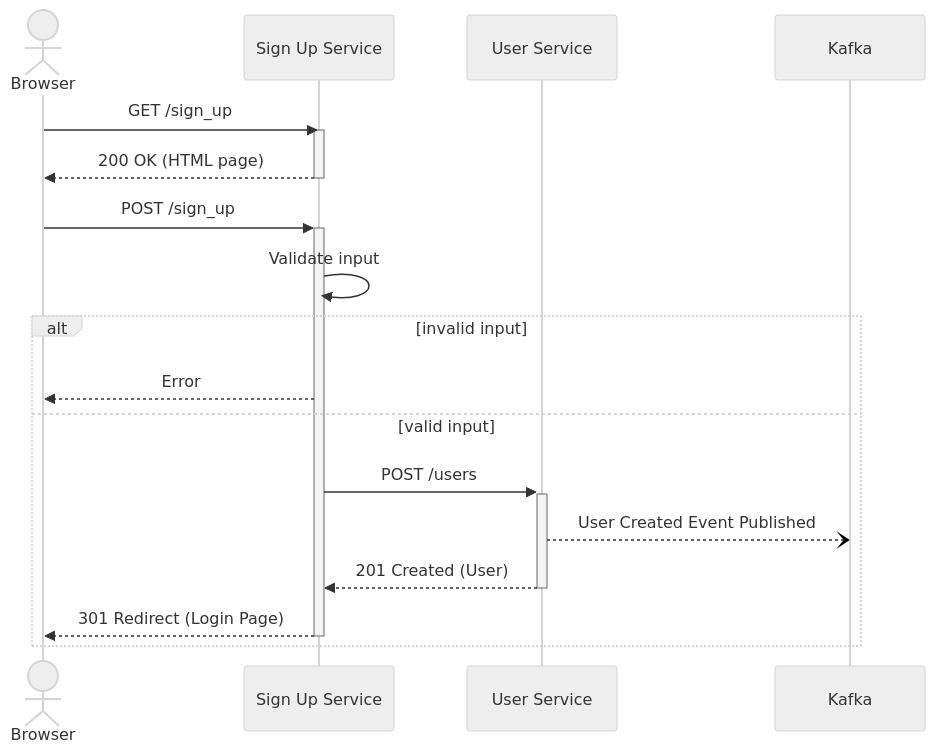
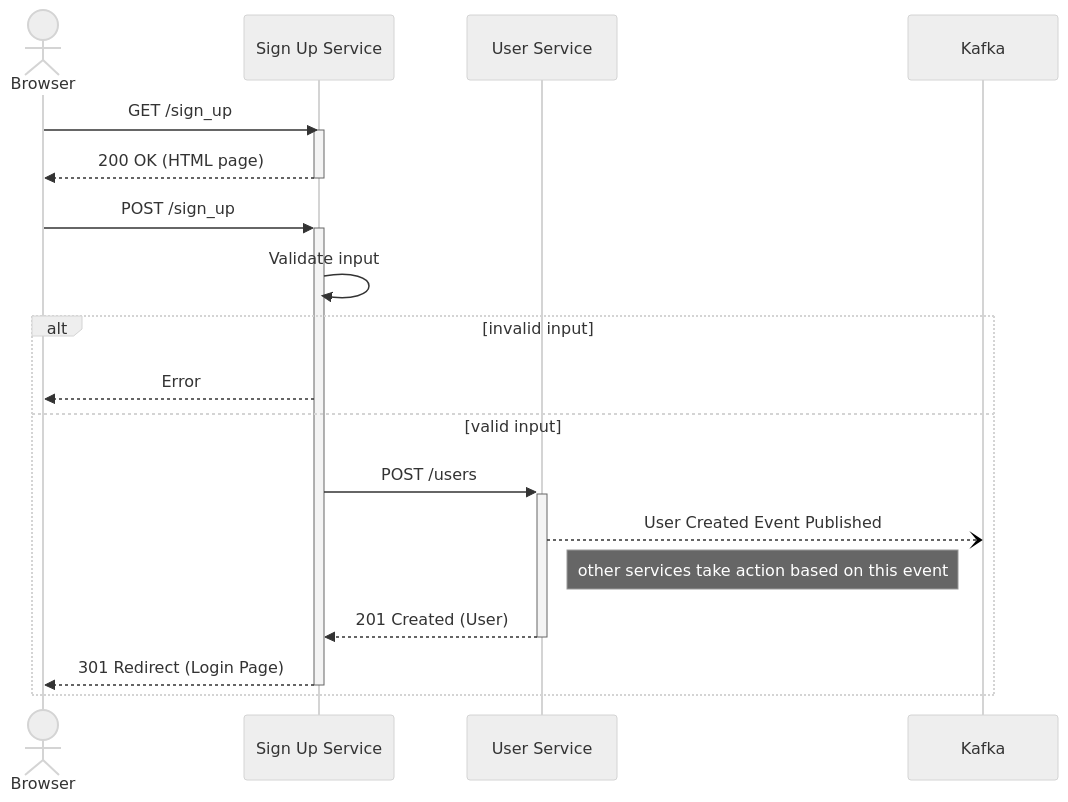
One commit to rawandrew/diagramming changed the fourth of 4 diagrams in mermaid_diagrams.md. Above: the diagram before and after it, drawn with Mermaid (neutral theme). The commit also changed other lines of this file, not shown here.

Commit message:
Add a note to the sequence diagram.

````diff
--- a/mermaid_diagrams.md
+++ b/mermaid_diagrams.md
@@ -84,24 +85,25 @@
 ```mermaid
 sequenceDiagram
     actor Browser
     participant Sign Up Service
     participant User Service
     participant Kafka
     
     Browser ->> Sign Up Service: GET /sign_up
     activate Sign Up Service
     Sign Up Service -->> Browser: 200 OK (HTML page)
     deactivate Sign Up Service
     
     Browser ->>+ Sign Up Service: POST /sign_up
     Sign Up Service ->> Sign Up Service: Validate input
     
     alt invalid input
         Sign Up Service -->> Browser: Error
     else valid input
         Sign Up Service ->>+ User Service: POST /users
         User Service --) Kafka: User Created Event Published
+        Note left of Kafka: other services take action based on this event
         User Service -->>- Sign Up Service: 201 Created (User)
         Sign Up Service -->>- Browser: 301 Redirect (Login Page)
     end
 ```
````
